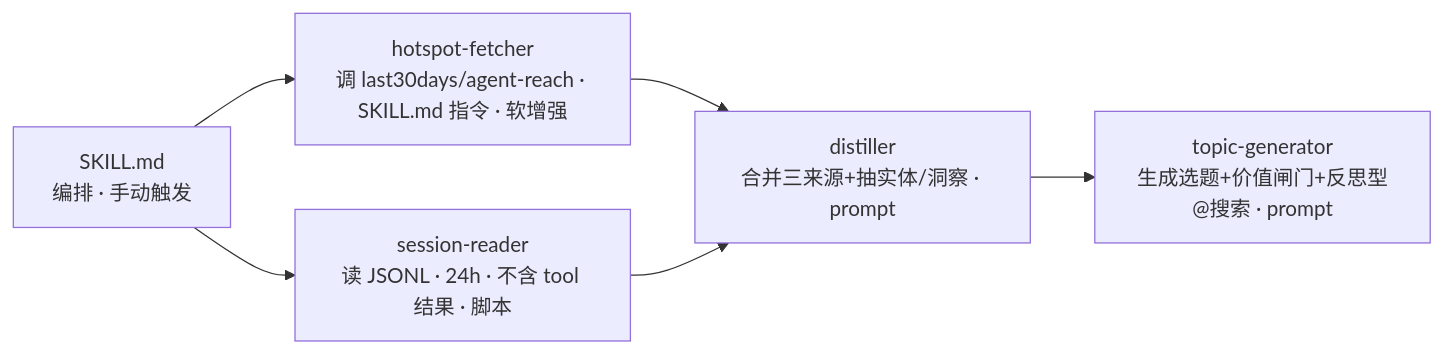
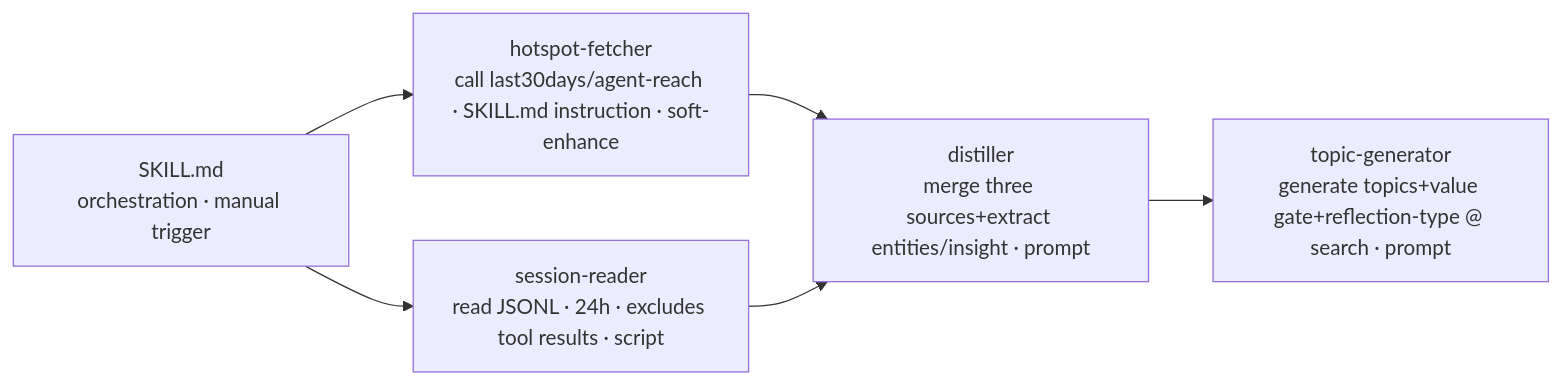
The second of 2 diagrams in docs/design-harness/output/system.md (tigerless-labs/auto-gtm), drawn with Mermaid before and after one commit. The commit also changed other lines of this file and 32 other files, not shown here.

````diff
--- a/docs/design-harness/output/system.md
+++ b/docs/design-harness/output/system.md
@@ -35,15 +35,15 @@
 ```mermaid
 flowchart LR
-  SKILL["SKILL.md<br/>编排 · 手动触发"]
-  HF["hotspot-fetcher<br/>调 last30days/agent-reach · SKILL.md 指令 · 软增强"]
-  SR["session-reader<br/>读 JSONL · 24h · 不含 tool 结果 · 脚本"]
-  DI["distiller<br/>合并三来源+抽实体/洞察 · prompt"]
-  TG["topic-generator<br/>生成选题+价值闸门+反思型@搜索 · prompt"]
+  SKILL["SKILL.md<br/>orchestration · manual trigger"]
+  HF["hotspot-fetcher<br/>call last30days/agent-reach · SKILL.md instruction · soft-enhance"]
+  SR["session-reader<br/>read JSONL · 24h · excludes tool results · script"]
+  DI["distiller<br/>merge three sources+extract entities/insight · prompt"]
+  TG["topic-generator<br/>generate topics+value gate+reflection-type @ search · prompt"]
   SKILL --> HF --> DI
   SKILL --> SR --> DI
   DI --> TG
   click HF "modules/hotspot-fetcher.md"
   click SR "modules/session-reader.md"
   click DI "modules/distiller.md"
   click TG "modules/topic-generator.md"
 ```
````
